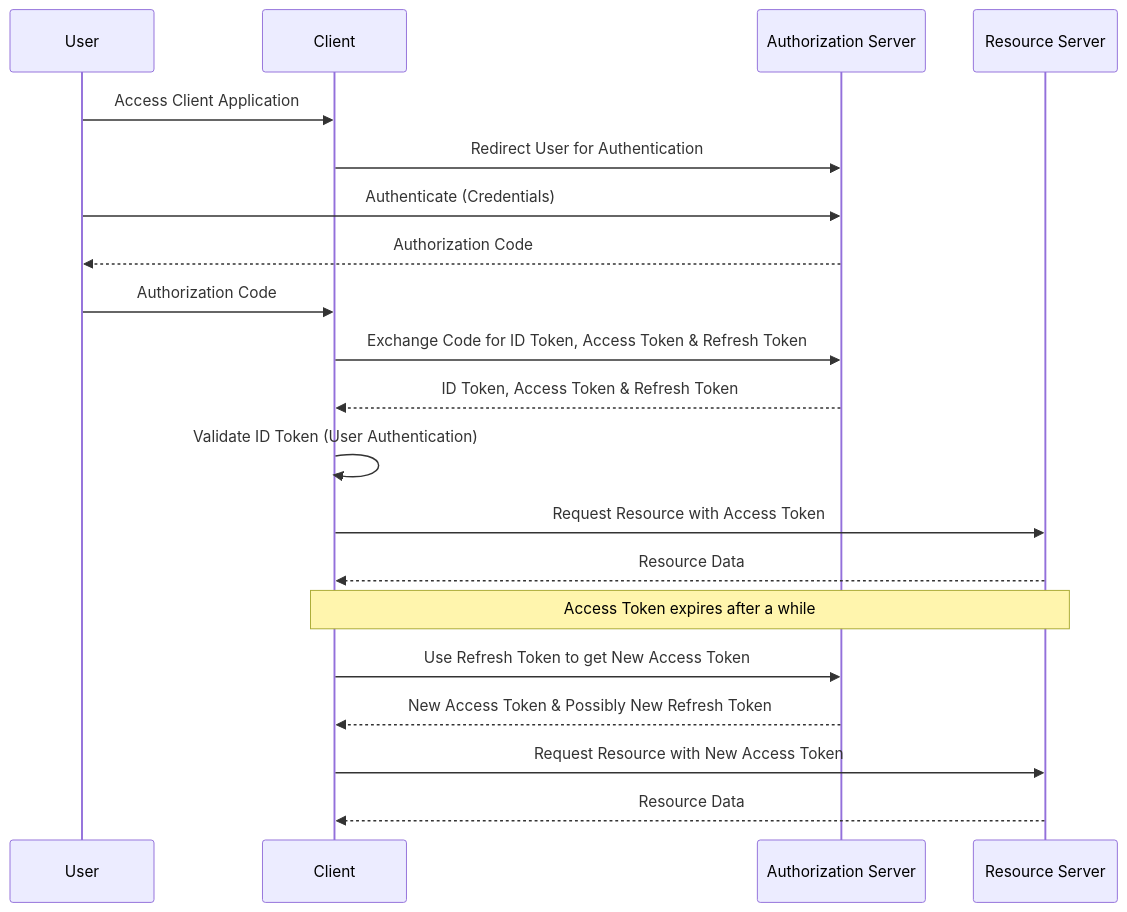
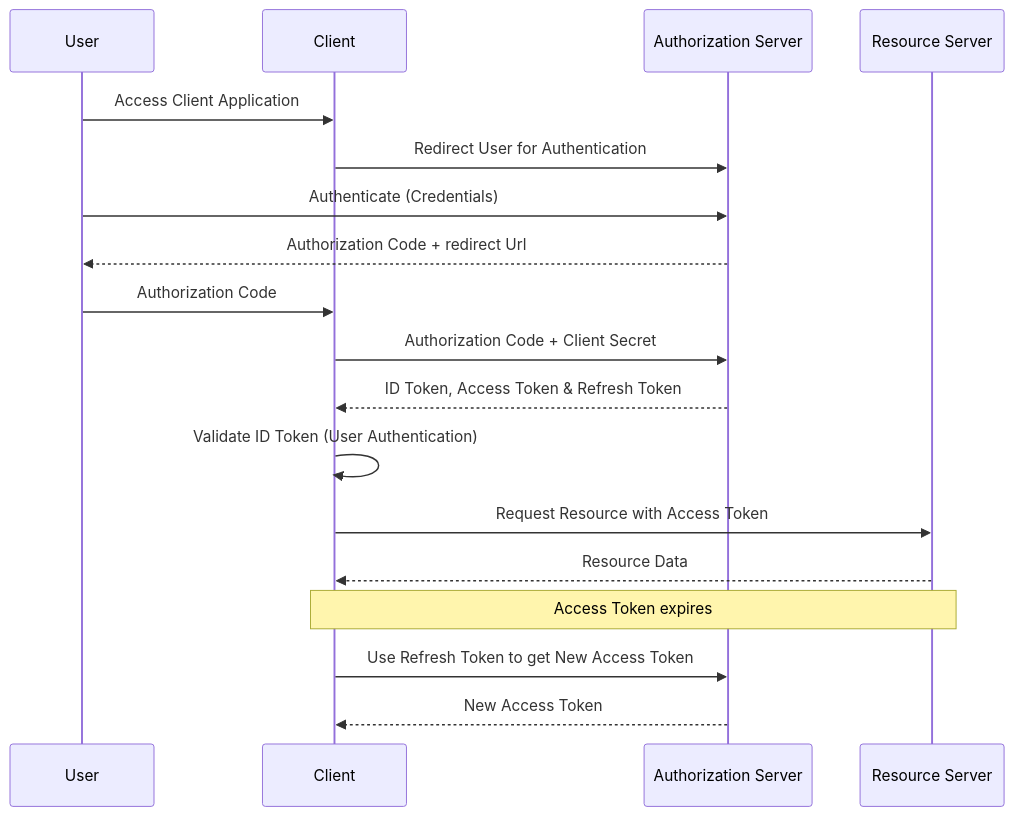
Before and after one commit to prannoymulmi/Msc-Thesis--OIDC: the diagram in mermaid_files/authorization_code.md, drawn with Mermaid. The commit also changed 6 other files, not shown here.

````diff
--- a/mermaid_files/authorization_code.md
+++ b/mermaid_files/authorization_code.md
@@ -1,27 +1,25 @@
 ```mermaid
 sequenceDiagram
     participant User as User
     participant Client as Client
     participant AuthServer as Authorization Server
     participant ResourceServer as Resource Server
 
     User->>Client: Access Client Application
     Client->>AuthServer: Redirect User for Authentication
     User->>AuthServer: Authenticate (Credentials)
-    AuthServer-->>User: Authorization Code
+    AuthServer-->>User: Authorization Code + redirect Url
     User->>Client: Authorization Code
-    Client->>AuthServer: Exchange Code for ID Token, Access Token & Refresh Token
+    Client->>AuthServer: Authorization Code + Client Secret
     AuthServer-->>Client: ID Token, Access Token & Refresh Token
 
     Client->>Client: Validate ID Token (User Authentication)
     Client->>ResourceServer: Request Resource with Access Token
     ResourceServer-->>Client: Resource Data
 
-    Note over Client,ResourceServer: Access Token expires after a while
+    Note over Client,ResourceServer: Access Token expires
 
     Client->>AuthServer: Use Refresh Token to get New Access Token
-    AuthServer-->>Client: New Access Token & Possibly New Refresh Token
+    AuthServer-->>Client: New Access Token
 
-    Client->>ResourceServer: Request Resource with New Access Token
-    ResourceServer-->>Client: Resource Data
 ```    
````
